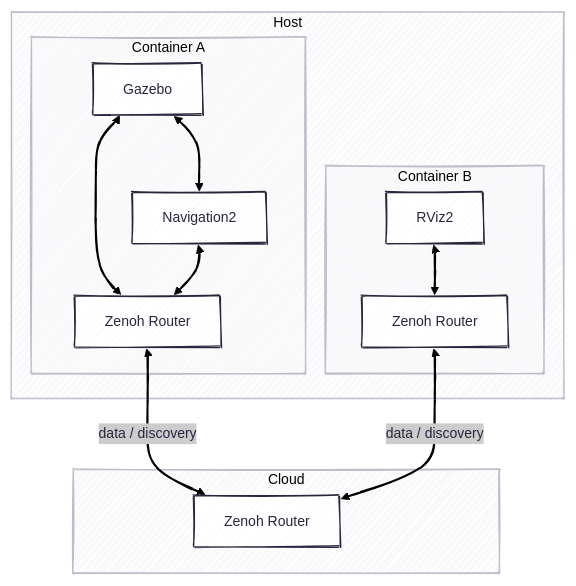
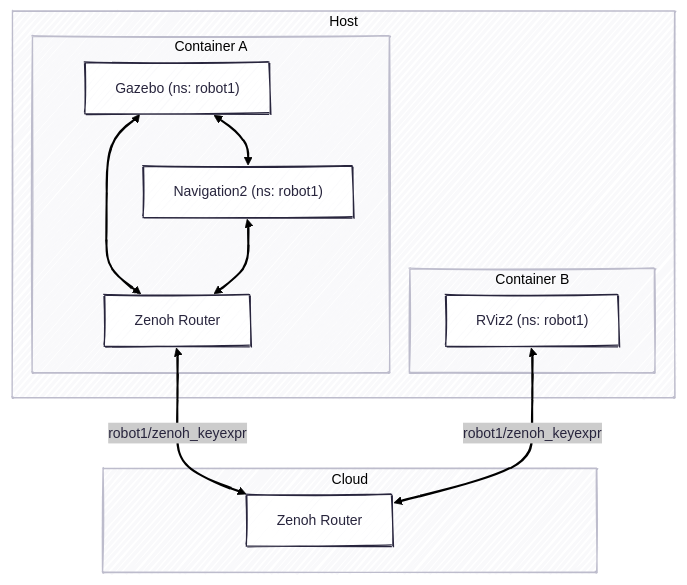
The diagram in exercises/ex-8.md (bresilla/roscon2025_workshop), drawn with Mermaid before and after one commit. The commit also changed other lines of this file, not shown here.

````diff
--- a/exercises/ex-8.md
+++ b/exercises/ex-8.md
@@ -5,24 +17,24 @@
 ```mermaid
 ---
 config:
   theme: redux
   look: handDrawn
   layout: dagre
 ---
 graph TD
 subgraph Host
     subgraph Container A
-        sim1["Gazebo"] <--> zr1["Zenoh Router"]
-        nav1["Navigation2"] <--> zr1
+        sim1["Gazebo (ns: robot1)"] <--> zr1["Zenoh Router"]
+        nav1["Navigation2 (ns: robot1)"] <--> zr1
         sim1 <--> nav1
     end
     subgraph Container B
-        rv2["RViz2"] <--> zr2["Zenoh Router"]
+        rv2["RViz2 (ns: robot1)"]
     end
 end
 subgraph Cloud
     zr3["Zenoh Router"]
 end
-zr1 <-- data / discovery --> zr3
-zr2 <-- data / discovery --> zr3
+zr1 <-- robot1/zenoh_keyexpr --> zr3
+rv2 <-- robot1/zenoh_keyexpr --> zr3
 ```
````
